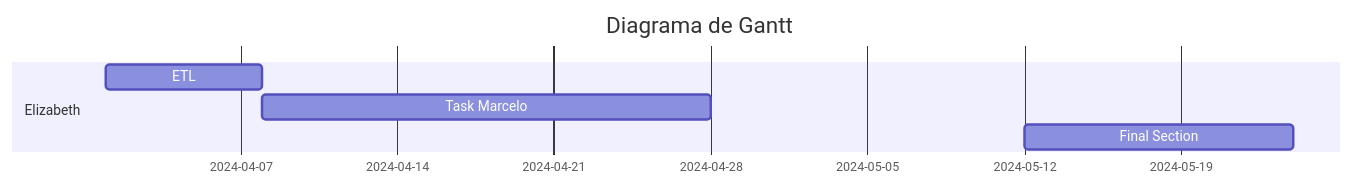
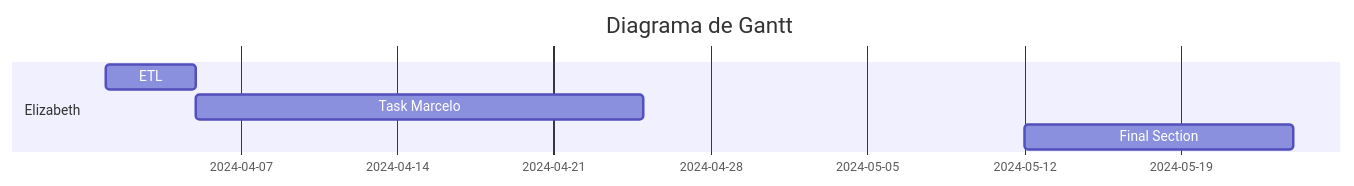
Before and after one commit to Beth-94/testmermaid: the diagram in README.md, drawn with Mermaid.

````diff
--- a/README.md
+++ b/README.md
@@ -8,11 +8,11 @@
 ```mermaid
 gantt
     title Diagrama de Gantt 
 
     section Elizabeth
-     ETL           :a1, 2024-04-01, 7d
+     ETL           :a1, 2024-04-01, 4d
     Task Marcelo           :after a1  , 20d
     Final Section    : 2024-05-12  , 12d
 
 
 ```
````
